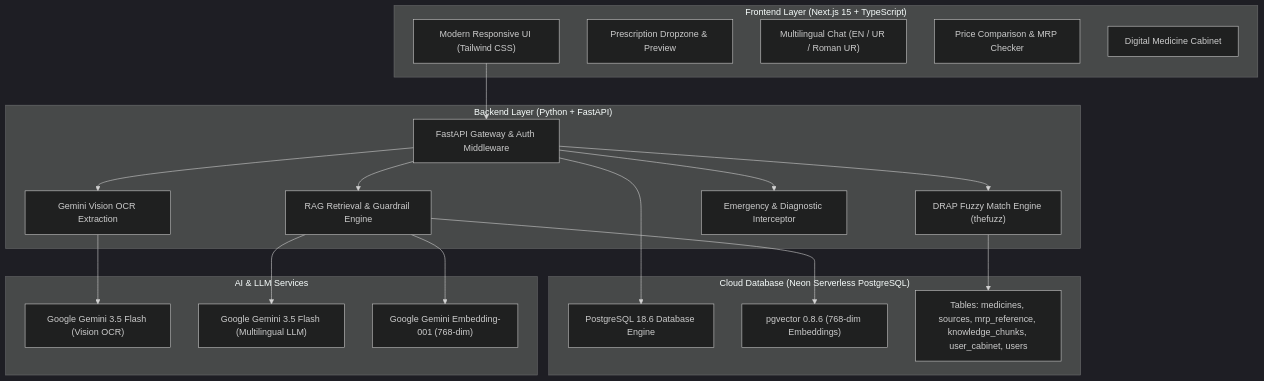
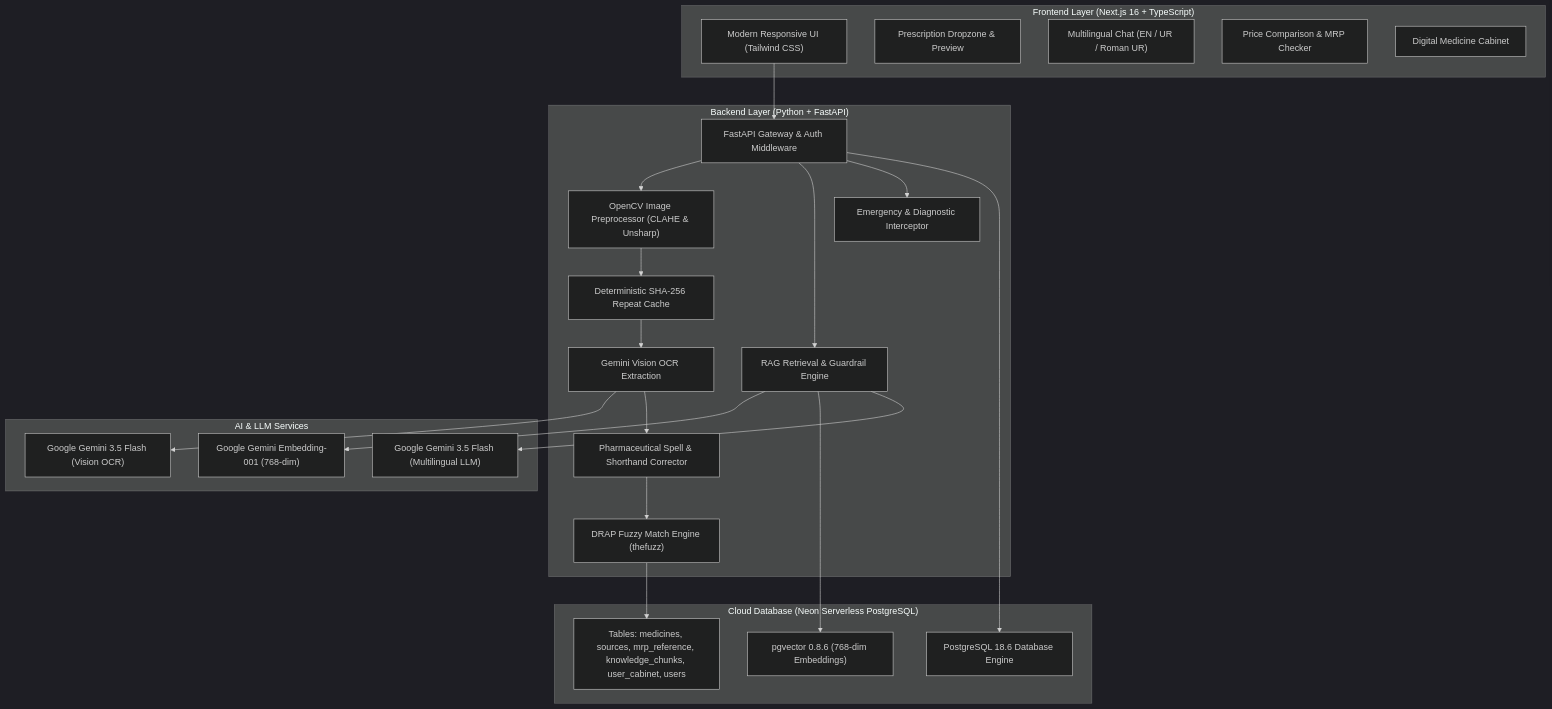
The diagram in README.md (mubashirpythndev-design/AfiyaAI), drawn with Mermaid (dark theme) before and after one commit. The commit also changed other lines of this file and 26 other files, not shown here.

````diff
--- a/README.md
+++ b/README.md
@@ -68,43 +70,49 @@
 ```mermaid
 graph TD
-    subgraph Client ["Frontend Layer (Next.js 15 + TypeScript)"]
+    subgraph Client ["Frontend Layer (Next.js 16 + TypeScript)"]
         UI["Modern Responsive UI (Tailwind CSS)"]
         OCR_UI["Prescription Dropzone & Preview"]
         Chat_UI["Multilingual Chat (EN / UR / Roman UR)"]
         Price_UI["Price Comparison & MRP Checker"]
         Cabinet_UI["Digital Medicine Cabinet"]
     end
 
     subgraph API ["Backend Layer (Python + FastAPI)"]
         Router["FastAPI Gateway & Auth Middleware"]
+        Prep_Svc["OpenCV Image Preprocessor (CLAHE & Unsharp)"]
         OCR_Svc["Gemini Vision OCR Extraction"]
+        Cache_Svc["Deterministic SHA-256 Repeat Cache"]
+        Spell_Svc["Pharmaceutical Spell & Shorthand Corrector"]
         Match_Svc["DRAP Fuzzy Match Engine (thefuzz)"]
         RAG_Svc["RAG Retrieval & Guardrail Engine"]
         Safety_Svc["Emergency & Diagnostic Interceptor"]
     end
 
     subgraph Database ["Cloud Database (Neon Serverless PostgreSQL)"]
         PG["PostgreSQL 18.6 Database Engine"]
         VEC["pgvector 0.8.6 (768-dim Embeddings)"]
         Tables["Tables: medicines, sources, mrp_reference, knowledge_chunks, user_cabinet, users"]
     end
 
     subgraph AI ["AI & LLM Services"]
         Gemini_Vision["Google Gemini 3.5 Flash (Vision OCR)"]
         Gemini_Chat["Google Gemini 3.5 Flash (Multilingual LLM)"]
         Gemini_Embed["Google Gemini Embedding-001 (768-dim)"]
     end
 
     UI --> Router
-    Router --> OCR_Svc
-    Router --> Match_Svc
+    Router --> Prep_Svc
+    Prep_Svc --> Cache_Svc
+    Cache_Svc --> OCR_Svc
+    OCR_Svc --> Gemini_Vision
+    OCR_Svc --> Spell_Svc
+    Spell_Svc --> Match_Svc
     Router --> RAG_Svc
     Router --> Safety_Svc
 
-    OCR_Svc --> Gemini_Vision
     RAG_Svc --> Gemini_Embed
     RAG_Svc --> VEC
     RAG_Svc --> Gemini_Chat
     Match_Svc --> Tables
     Router --> PG
 ```
````
